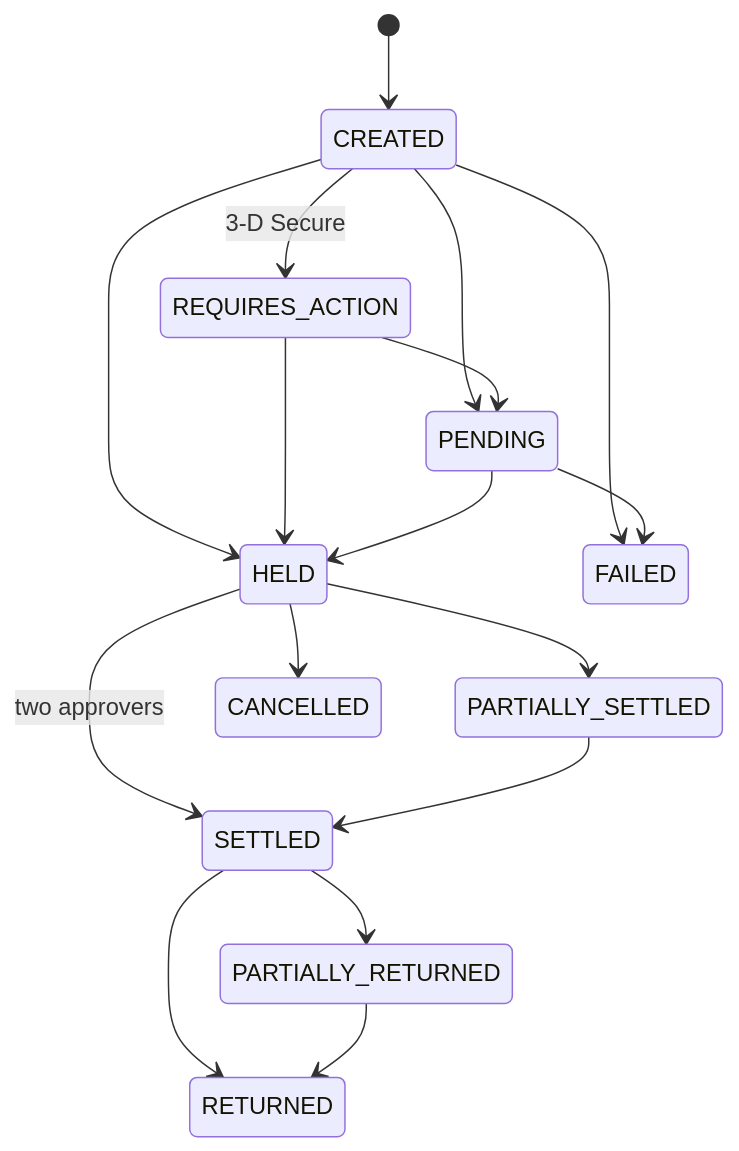
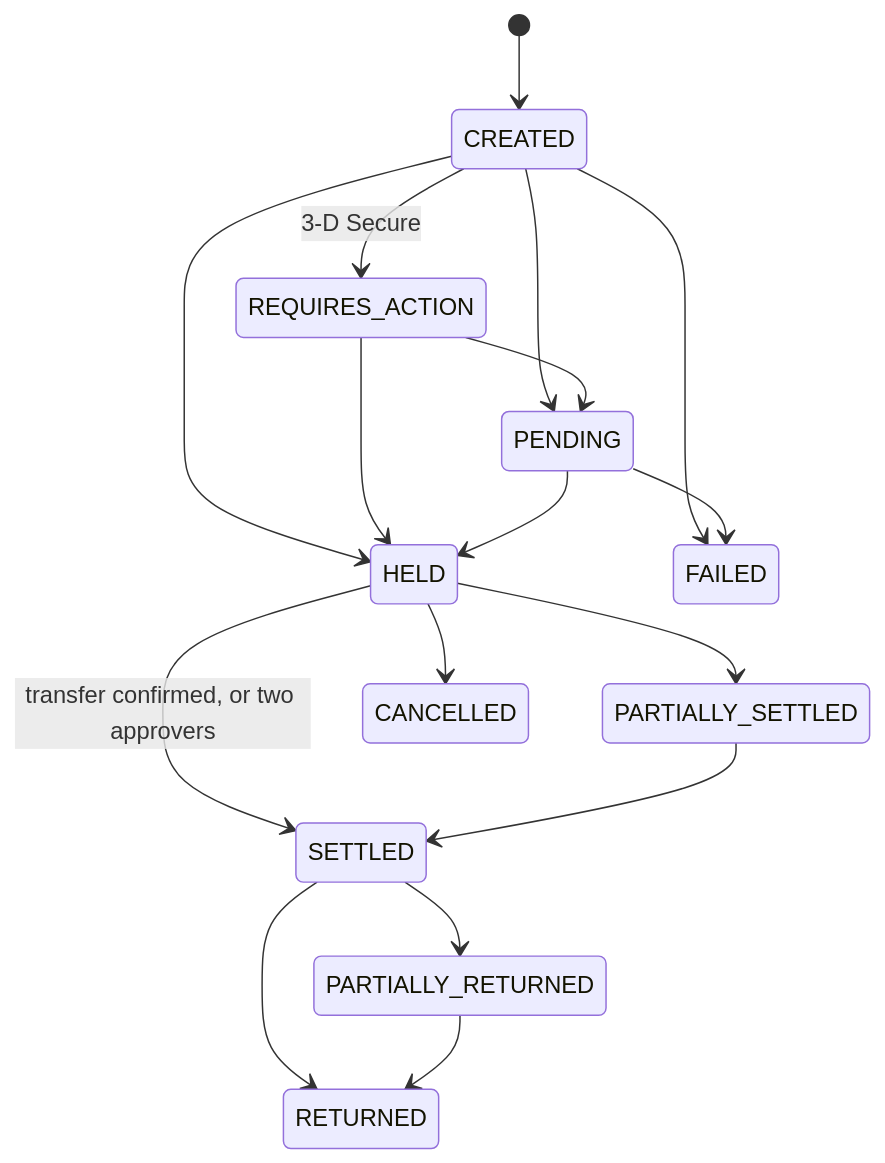
Before and after one commit to wa1eeed/carsell-web: the sixth of 7 diagrams in docs/workflows/state-machines.md, drawn with Mermaid. The commit also changed other lines of this file and 18 other files, not shown here.

````diff
--- a/docs/workflows/state-machines.md
+++ b/docs/workflows/state-machines.md
@@ -162,19 +184,19 @@
 ```mermaid
 stateDiagram-v2
     [*] --> CREATED
     CREATED --> REQUIRES_ACTION : 3-D Secure
     CREATED --> PENDING
     CREATED --> HELD
     REQUIRES_ACTION --> PENDING
     REQUIRES_ACTION --> HELD
     PENDING --> HELD
-    HELD --> SETTLED : two approvers
+    HELD --> SETTLED : transfer confirmed, or two approvers
     HELD --> PARTIALLY_SETTLED
     HELD --> CANCELLED
     PARTIALLY_SETTLED --> SETTLED
     SETTLED --> RETURNED
     SETTLED --> PARTIALLY_RETURNED
     PARTIALLY_RETURNED --> RETURNED
     CREATED --> FAILED
     PENDING --> FAILED
 ```
````
